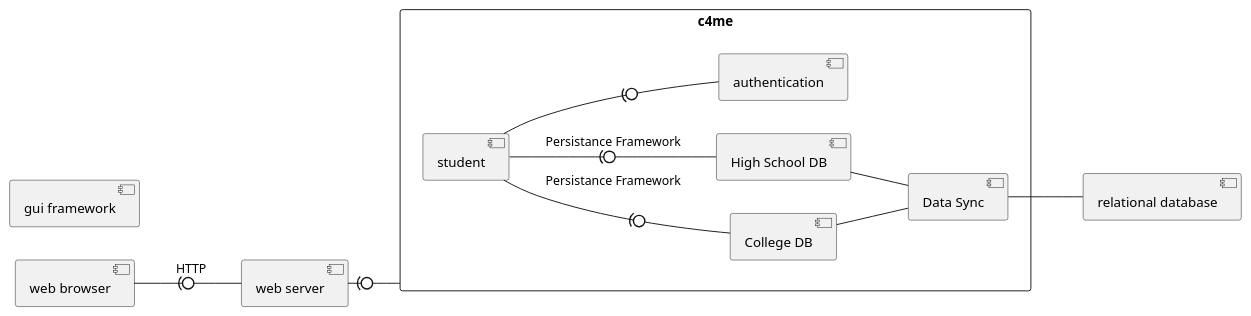
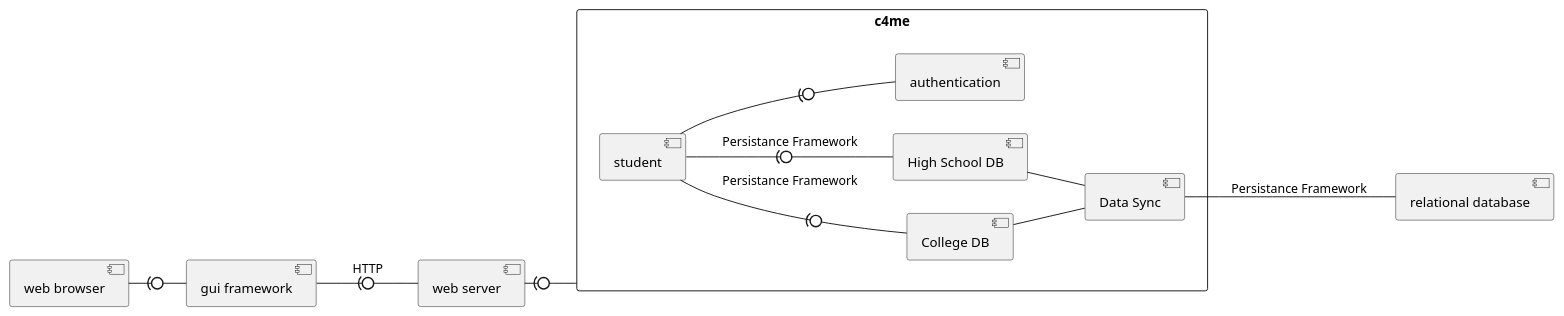
One commit to Omarfos/CSE416 changed the diagram in component/componentDiagram.wsd. Above: the diagram before and after it, drawn with PlantUML.

Commit message:
gui framework aadded onto component diagram

```diff
--- a/component/componentDiagram.wsd
+++ b/component/componentDiagram.wsd
@@ -1,29 +1,30 @@
 @startuml
 
 left to right direction
 
 component "web browser" as wb
 component "web server" as ws
 component "gui framework" as gui
 component "relational database" as rdb
 ' component "persistance framework" as fram 
 
 rectangle c4me {
     component "College DB" as col
     component "High School DB" as hs 
     component "student" as stud 
     component "authentication" as auth 
     component "Data Sync" as ds 
 }
 
-wb -(0- ws : HTTP
+wb -(0- gui
+gui -(0- ws : HTTP
 ws -(0- c4me 
 stud -(0- hs : Persistance Framework
 stud -(0- col : Persistance Framework
 stud -(0- auth
 hs -- ds
 col -- ds
-ds -- rdb
+ds -- rdb : Persistance Framework
 
 
 @enduml
```
